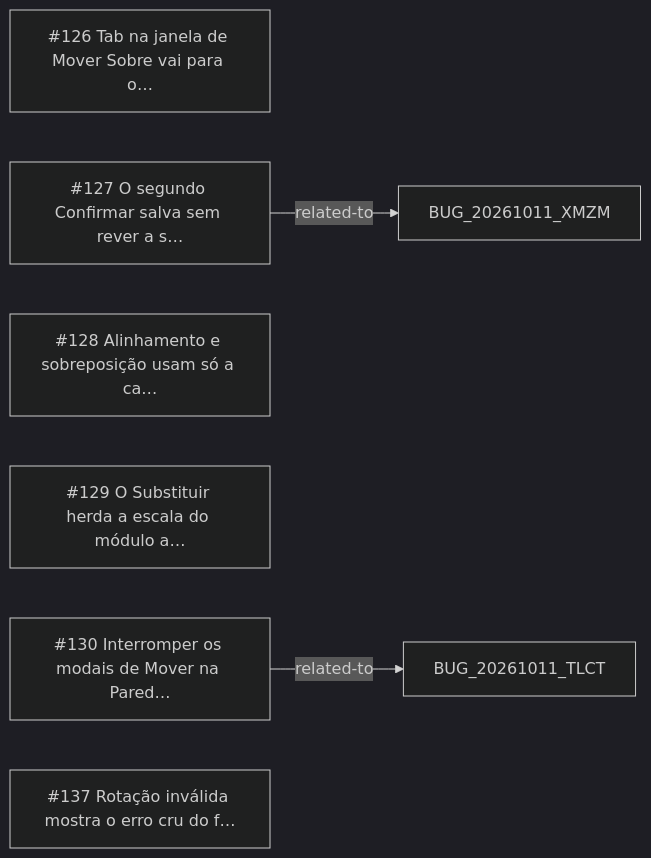
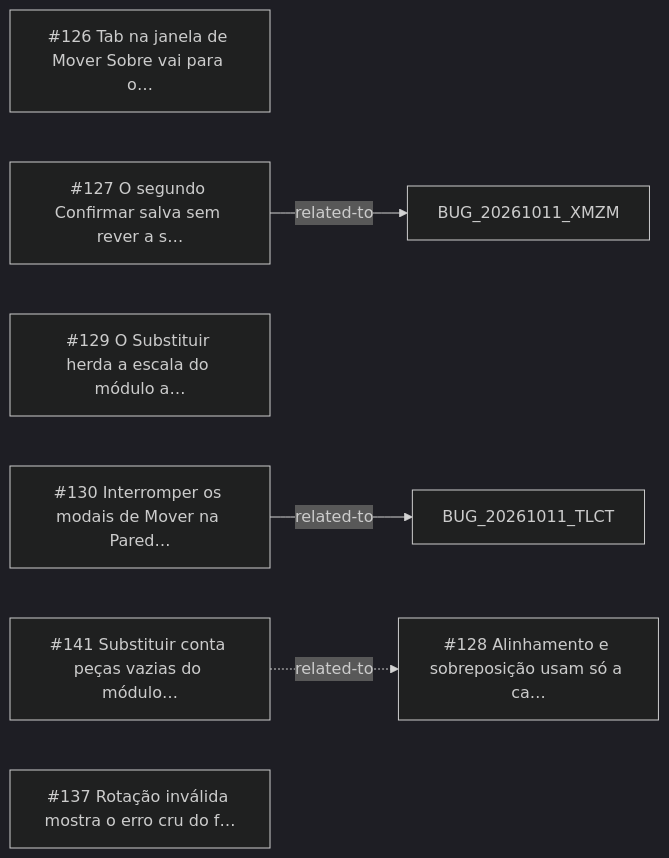
The diagram in _reversa_bugs/move_over/generated/graph.md (CAFFDIGITALPLATFORM/caffmob_draw), drawn with Mermaid (dark theme) before and after one commit. The commit also changed other lines of this file and 136 other files, not shown here.

Commit message:
fix(cutting): cópia nativa (Shift+D) de módulo ganha btm_uid novo e as peças não repetem uid (YUDY)

````diff
--- a/_reversa_bugs/move_over/generated/graph.md
+++ b/_reversa_bugs/move_over/generated/graph.md
@@ -5,11 +5,13 @@
 ```mermaid
 graph LR
   BUG_20261011_CKVJ["#126 Tab na janela de Mover Sobre vai para o…"]
   BUG_20261011_JMDR["#127 O segundo Confirmar salva sem rever a s…"]
   BUG_20261011_LWF6["#128 Alinhamento e sobreposição usam só a ca…"]
   BUG_20261011_X5OS["#129 O Substituir herda a escala do módulo a…"]
   BUG_20261011_3T7M["#130 Interromper os modais de Mover na Pared…"]
+  BUG_20261012_DWPO["#141 Substituir conta peças vazias do módulo…"]
   BUG_20261011_CNTL["#137 Rotação inválida mostra o erro cru do f…"]
   BUG_20261011_3T7M -->|related-to| BUG_20261011_TLCT
   BUG_20261011_JMDR -->|related-to| BUG_20261011_XMZM
+  BUG_20261012_DWPO -.->|related-to| BUG_20261011_LWF6
 ```
````
